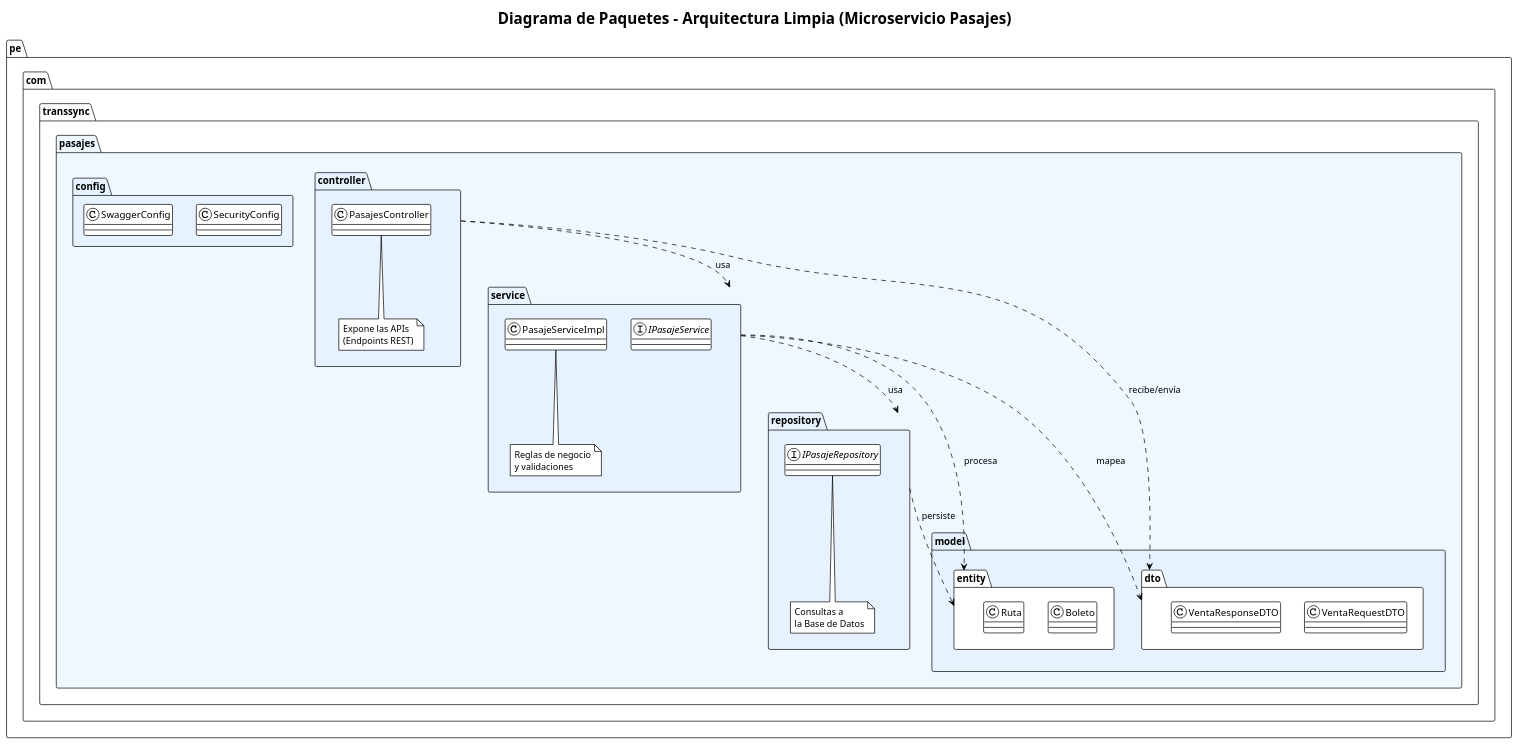
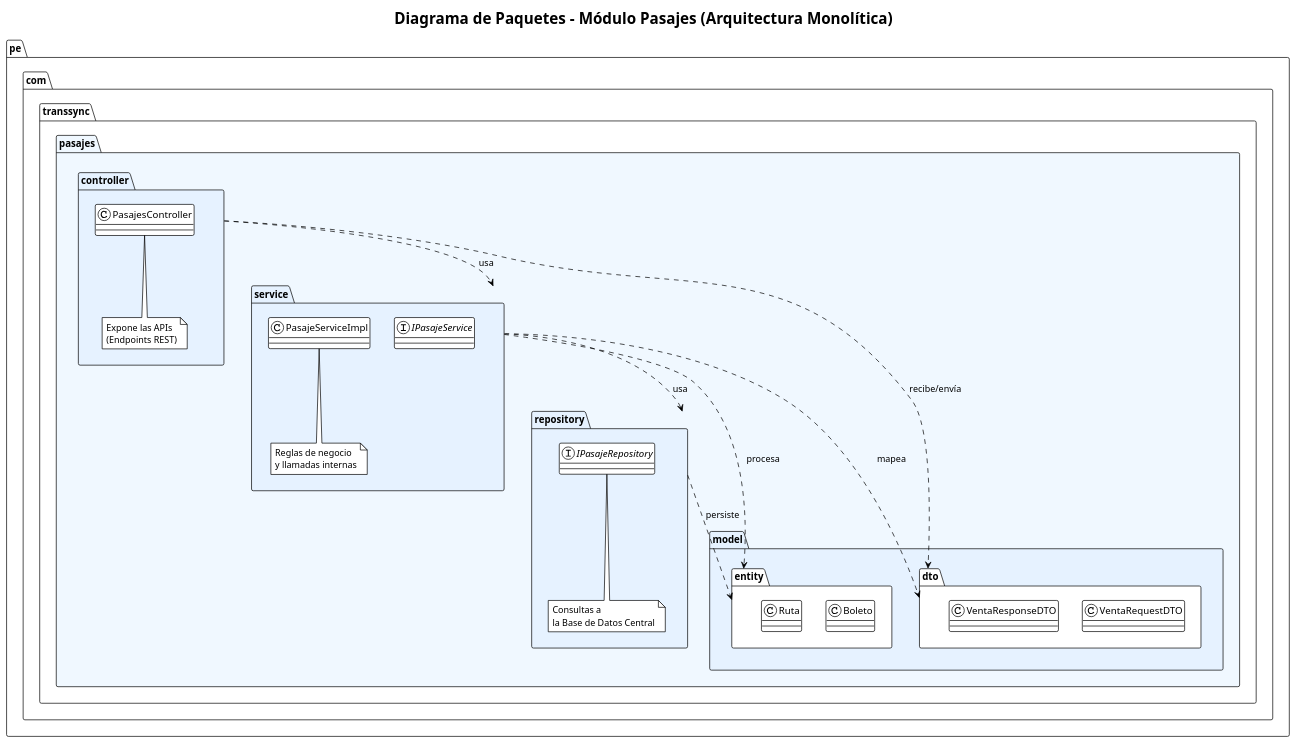
One commit to FloppaFlopita/TRANS_SYNC_DOCS changed the diagram in 2-MODELO_UML/Estructural/5-Paquetes/diagrama_paquetes.puml. Above: the diagram before and after it, drawn with PlantUML. The commit also changed 24 other files, not shown here.

```diff
--- a/2-MODELO_UML/Estructural/5-Paquetes/diagrama_paquetes.puml
+++ b/2-MODELO_UML/Estructural/5-Paquetes/diagrama_paquetes.puml
@@ -1,53 +1,48 @@
 @startuml
 !theme plain
 skinparam packageStyle folder
 skinparam backgroundColor #ffffff
 
-title Diagrama de Paquetes - Arquitectura Limpia (Microservicio Pasajes)
+title Diagrama de Paquetes - Módulo Pasajes (Arquitectura Monolítica)
 
 package "pe.com.transsync.pasajes" #f0f8ff {
 
     package "controller" #e6f2ff {
         class PasajesController
         note bottom: Expone las APIs\n(Endpoints REST)
     }
 
     package "service" #e6f2ff {
         interface IPasajeService
         class PasajeServiceImpl
-        note bottom: Reglas de negocio\ny validaciones
+        note bottom: Reglas de negocio\ny llamadas internas
     }
 
     package "repository" #e6f2ff {
         interface IPasajeRepository
-        note bottom: Consultas a\nla Base de Datos
+        note bottom: Consultas a\nla Base de Datos Central
     }
 
     package "model" #e6f2ff {
         package "entity" {
             class Boleto
             class Ruta
         }
         package "dto" {
             class VentaRequestDTO
             class VentaResponseDTO
         }
-    }
-
-    package "config" #e6f2ff {
-        class SecurityConfig
-        class SwaggerConfig
     }
 }
 
 ' Dependencias entre paquetes (Las flechas muestran quién llama a quién)
 controller ..> service : " usa"
 controller ..> dto : " recibe/envía"
 
 service ..> repository : " usa"
 service ..> entity : " procesa"
 service ..> dto : " mapea"
 
 repository ..> entity : " persiste"
 
 @enduml
```
